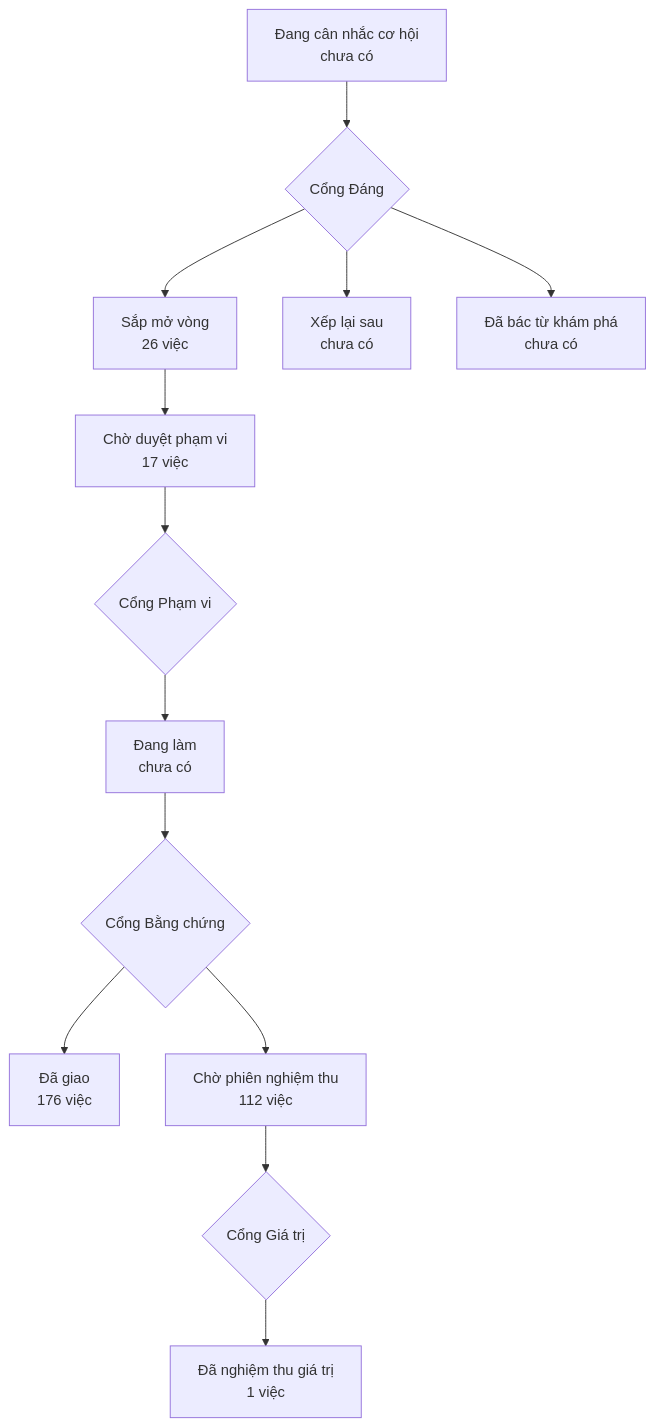
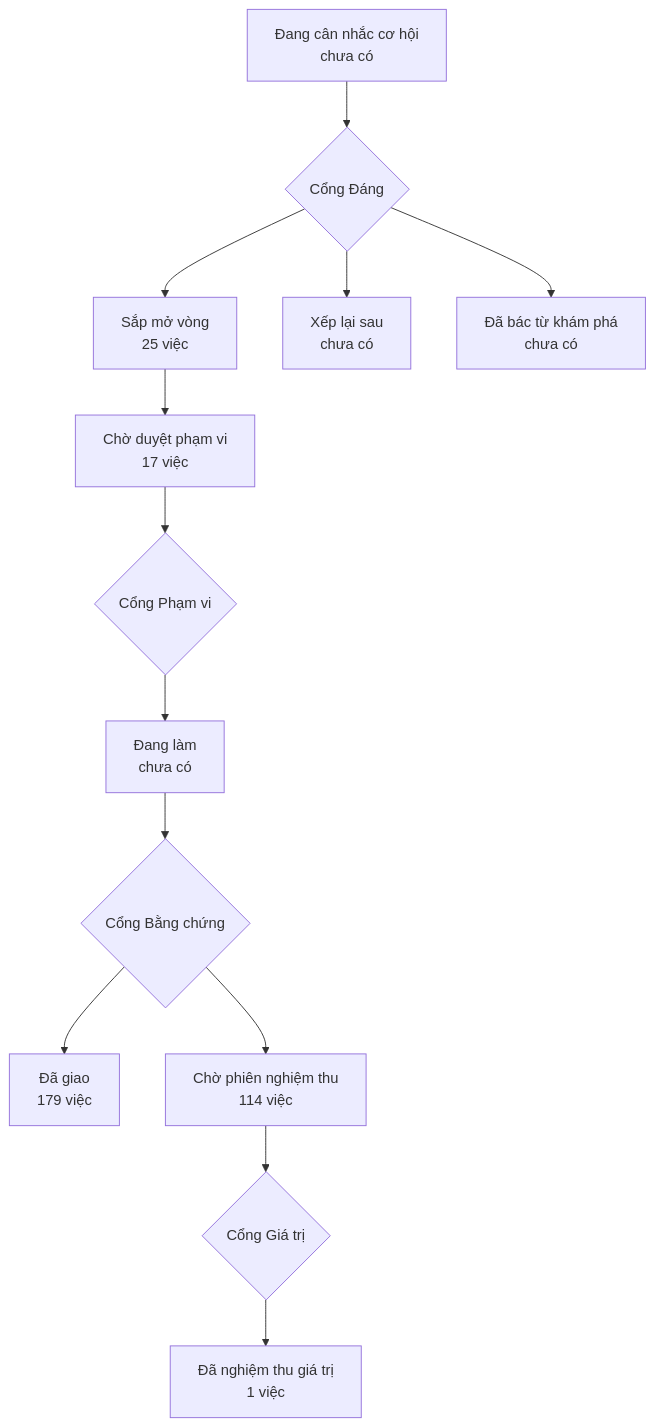
One commit to phanlemanh/onehub-invest changed the diagram in PRODUCT-MAP.md. Above: the diagram before and after it, drawn with Mermaid. The commit also changed other lines of this file and 1 other file, not shown here.

Commit message:
chore(map): vẽ lại bản đồ sau khi nhận main

````diff
--- a/PRODUCT-MAP.md
+++ b/PRODUCT-MAP.md
@@ -7,12 +7,12 @@
 ```mermaid
 flowchart TD
   A["Đang cân nhắc cơ hội<br/>chưa có"] --> GD{"Cổng Đáng"}
-  GD --> B["Sắp mở vòng<br/>26 việc"]
+  GD --> B["Sắp mở vòng<br/>25 việc"]
   GD --> XL["Xếp lại sau<br/>chưa có"]
   GD --> DB["Đã bác từ khám phá<br/>chưa có"]
   B --> CD["Chờ duyệt phạm vi<br/>17 việc"] --> GP{"Cổng Phạm vi"}
   GP --> DL["Đang làm<br/>chưa có"] --> GB{"Cổng Bằng chứng"}
-  GB --> DG["Đã giao<br/>176 việc"]
-  GB --> CN["Chờ phiên nghiệm thu<br/>112 việc"] --> GG{"Cổng Giá trị"}
+  GB --> DG["Đã giao<br/>179 việc"]
+  GB --> CN["Chờ phiên nghiệm thu<br/>114 việc"] --> GG{"Cổng Giá trị"}
   GG --> NT["Đã nghiệm thu giá trị<br/>1 việc"]
 ```
````
